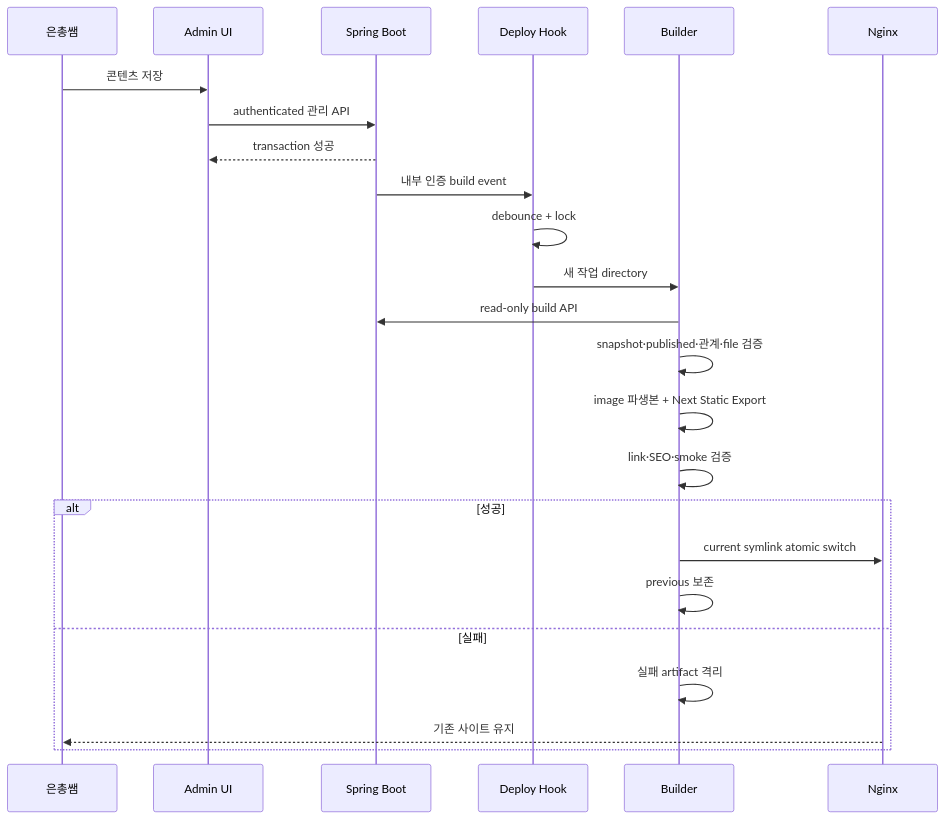
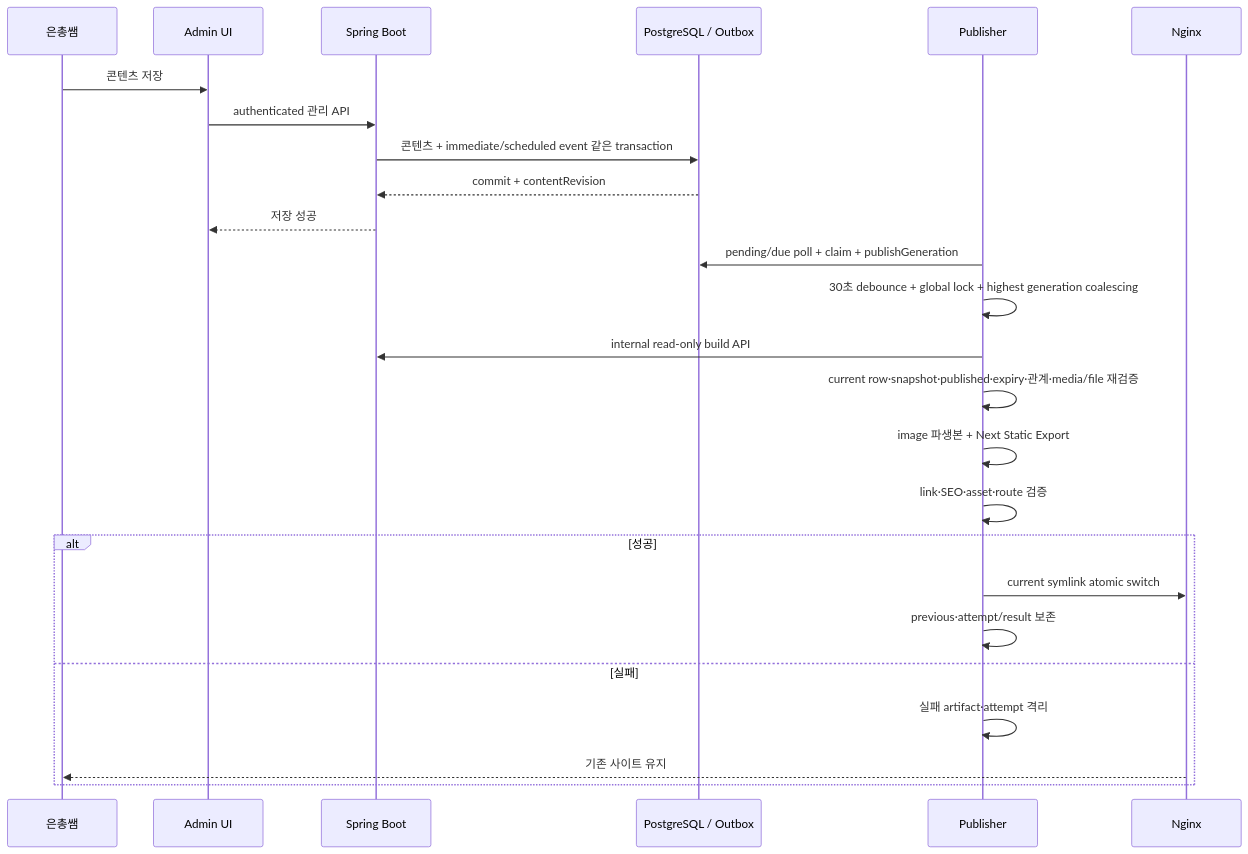
One commit to xxh3898/Rhaomi changed the diagram in docs/04-architecture/static-publishing-pipeline.md. Above: the diagram before and after it, drawn with Mermaid. The commit also changed other lines of this file and 32 other files, not shown here.

````diff
--- a/docs/04-architecture/static-publishing-pipeline.md
+++ b/docs/04-architecture/static-publishing-pipeline.md
@@ -32,27 +42,28 @@
 ```mermaid
 sequenceDiagram
     participant O as 은총쌤
     participant A as Admin UI
     participant S as Spring Boot
-    participant H as Deploy Hook
-    participant B as Builder
+    participant D as PostgreSQL / Outbox
+    participant P as Publisher
     participant N as Nginx
 
     O->>A: 콘텐츠 저장
     A->>S: authenticated 관리 API
-    S-->>A: transaction 성공
-    S->>H: 내부 인증 build event
-    H->>H: debounce + lock
-    H->>B: 새 작업 directory
-    B->>S: read-only build API
-    B->>B: snapshot·published·관계·file 검증
-    B->>B: image 파생본 + Next Static Export
-    B->>B: link·SEO·smoke 검증
+    S->>D: 콘텐츠 + immediate/scheduled event 같은 transaction
+    D-->>S: commit + contentRevision
+    S-->>A: 저장 성공
+    P->>D: pending/due poll + claim + publishGeneration
+    P->>P: 30초 debounce + global lock + highest generation coalescing
+    P->>S: internal read-only build API
+    P->>P: current row·snapshot·published·expiry·관계·media/file 재검증
+    P->>P: image 파생본 + Next Static Export
+    P->>P: link·SEO·asset·route 검증
     alt 성공
-      B->>N: current symlink atomic switch
-      B->>B: previous 보존
+      P->>N: current symlink atomic switch
+      P->>P: previous·attempt/result 보존
     else 실패
-      B->>B: 실패 artifact 격리
+      P->>P: 실패 artifact·attempt 격리
       N-->>O: 기존 사이트 유지
     end
 ```
````
